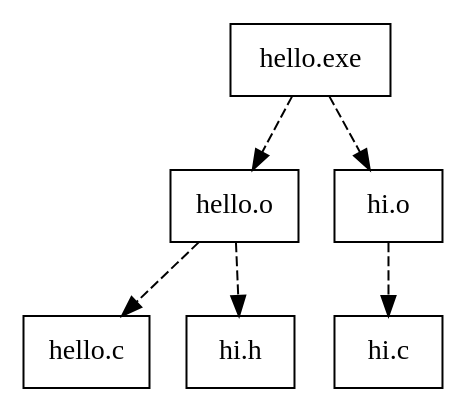
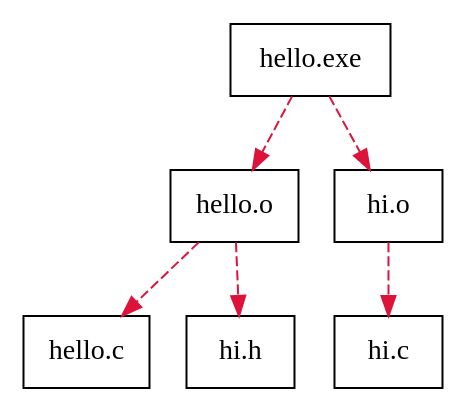
Before and after one commit to muroachanf/Piero: the diagram in 2-how-to-make/deps.dot, drawn with Graphviz. The commit also changed 7 other files, not shown here.

```diff
--- a/2-how-to-make/deps.dot
+++ b/2-how-to-make/deps.dot
@@ -1,17 +1,17 @@
 digraph abc{
 	node [shape="record"];
-	edge [style="dashed"];
+	edge [style="dashed",color="crimson"];
 
 	exe [label="hello.exe"];
 	helloc[label="hello.c"];
 	hic[label="hi.c"];
 	hih[label="hi.h"];
 	helloo[label="hello.o"];
 	hio[label="hi.o"];
 	exe->helloo;
 	exe->hio;
 
 	hio->hic;
 	helloo->helloc;
 	helloo->hih;	
 }
```
